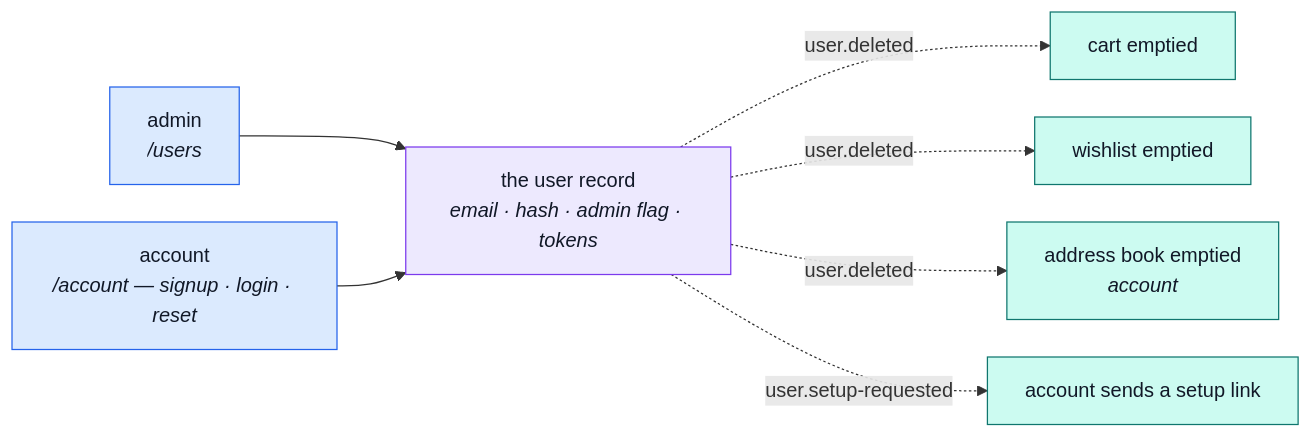
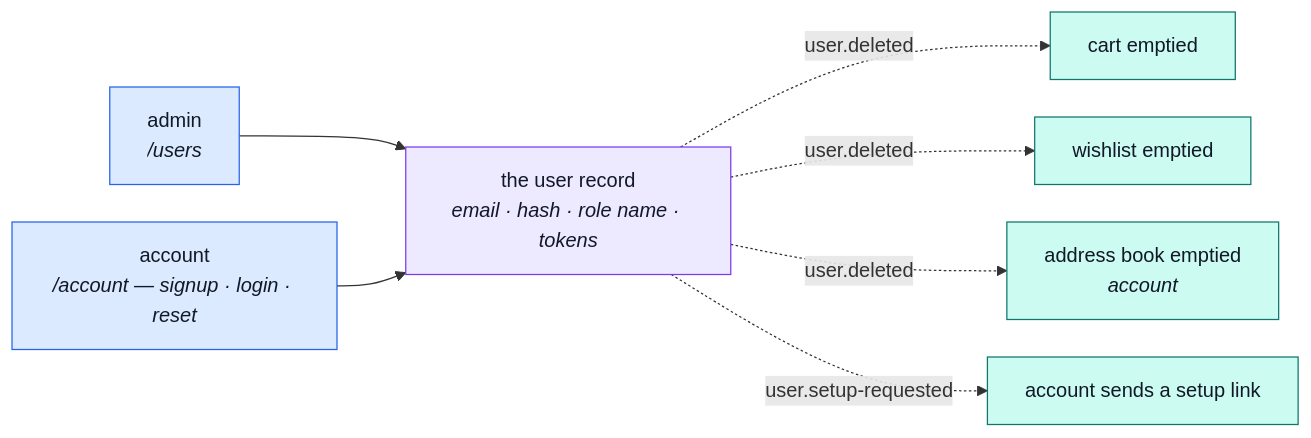
Before and after one commit to Guebbit/boilerplate-node-backend: the second of 2 diagrams in docs/modules/users.md, drawn with Mermaid. The commit also changed other lines of this file and 10 other files, not shown here.

````diff
--- a/docs/modules/users.md
+++ b/docs/modules/users.md
@@ -77,17 +81,17 @@
 ```mermaid
 %%{init: {'flowchart': {'nodeSpacing': 30, 'rankSpacing': 55}}}%%
 flowchart LR
-    A["admin<br/><i>/users</i>"] --> R["the user record<br/><i>email · hash · admin flag · tokens</i>"]
+    A["admin<br/><i>/users</i>"] --> R["the user record<br/><i>email · hash · role name · tokens</i>"]
     AC["account<br/><i>/account — signup · login · reset</i>"] --> R
     R -. "user.deleted" .-> C["cart emptied"]
     R -. "user.deleted" .-> W["wishlist emptied"]
     R -. "user.deleted" .-> AB["address book emptied<br/><i>account</i>"]
     R -. "user.setup-requested" .-> SU["account sends a setup link"]
 
     classDef own fill:#ede9fe,stroke:#7c3aed,color:#111827;
     classDef peer fill:#dbeafe,stroke:#2563eb,color:#111827;
     classDef done fill:#ccfbf1,stroke:#0f766e,color:#111827;
     class R own;
     class A,AC peer;
     class C,W,AB,SU done;
 ```
````
